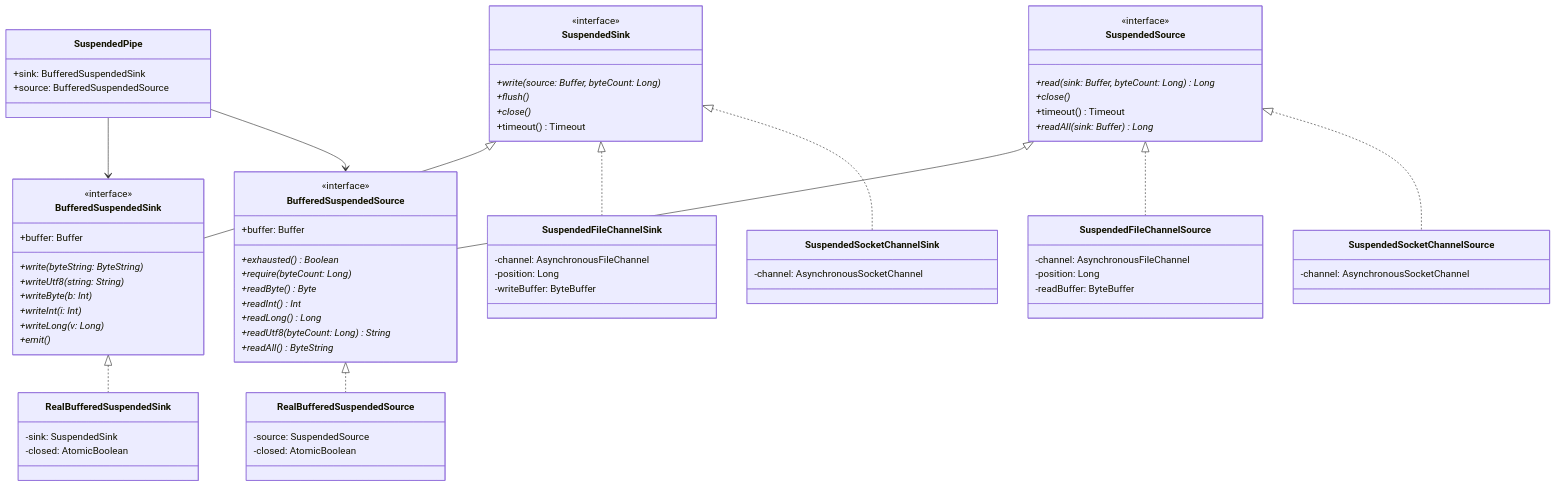
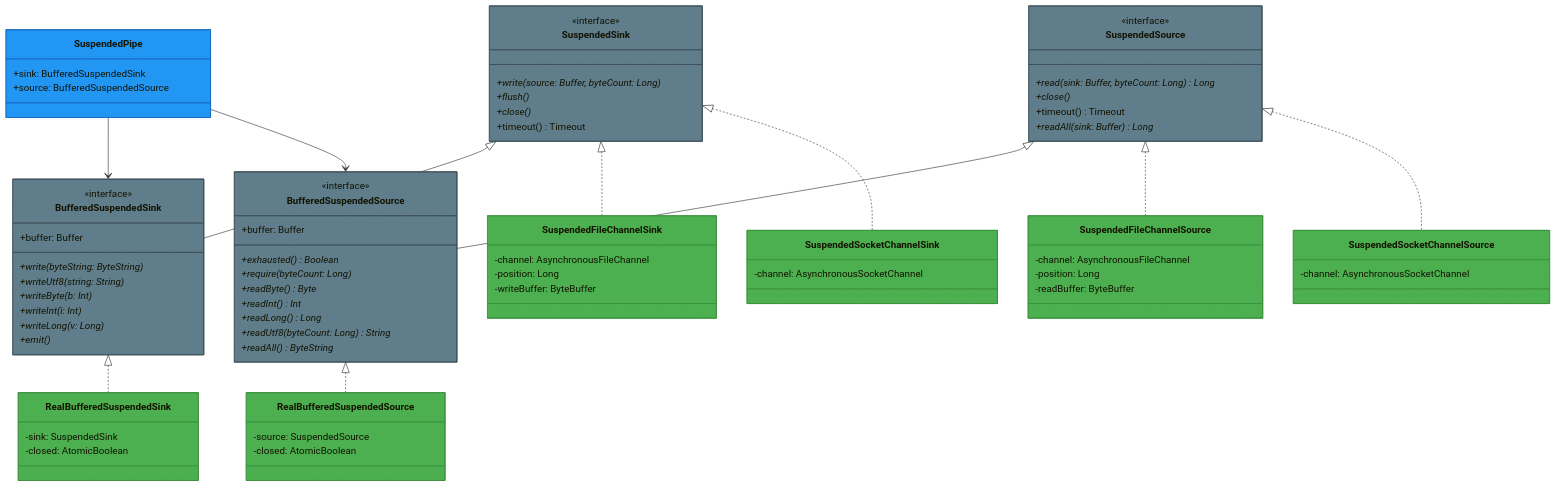
The third of 9 diagrams in io/okio/README.md (bluetape4k/bluetape4k-projects), drawn with Mermaid before and after one commit. The commit also changed other lines of this file and 74 other files, not shown here.

First line of the commit message:
docs: bluetape4k/core/coroutines/logging, io/feign~vertx README 색상 Mermaid UML 추가

````diff
--- a/io/okio/README.md
+++ b/io/okio/README.md
@@ -402,6 +411,6 @@
 ```mermaid
 classDiagram
-    class SuspendedSink {
+    class SuspendedSink:::ioStyle {
         <<interface>>
         +write(source: Buffer, byteCount: Long)*
         +flush()*
@@ -409,7 +418,7 @@
         +timeout() Timeout
     }
 
-    class SuspendedSource {
+    class SuspendedSource:::ioStyle {
         <<interface>>
         +read(sink: Buffer, byteCount: Long)* Long
         +close()*
@@ -417,7 +426,7 @@
         +readAll(sink: Buffer)* Long
     }
 
-    class BufferedSuspendedSink {
+    class BufferedSuspendedSink:::ioStyle {
         <<interface>>
         +buffer: Buffer
         +write(byteString: ByteString)*
@@ -428,7 +437,7 @@
         +emit()*
     }
 
-    class BufferedSuspendedSource {
+    class BufferedSuspendedSource:::ioStyle {
         <<interface>>
         +buffer: Buffer
         +exhausted()* Boolean
@@ -440,37 +449,37 @@
         +readAll()* ByteString
     }
 
-    class RealBufferedSuspendedSink {
+    class RealBufferedSuspendedSink:::extensionStyle {
         -sink: SuspendedSink
         -closed: AtomicBoolean
     }
 
-    class RealBufferedSuspendedSource {
+    class RealBufferedSuspendedSource:::extensionStyle {
         -source: SuspendedSource
         -closed: AtomicBoolean
     }
 
-    class SuspendedFileChannelSink {
+    class SuspendedFileChannelSink:::extensionStyle {
         -channel: AsynchronousFileChannel
         -position: Long
         -writeBuffer: ByteBuffer
     }
 
-    class SuspendedFileChannelSource {
+    class SuspendedFileChannelSource:::extensionStyle {
         -channel: AsynchronousFileChannel
         -position: Long
         -readBuffer: ByteBuffer
     }
 
-    class SuspendedSocketChannelSink {
+    class SuspendedSocketChannelSink:::extensionStyle {
         -channel: AsynchronousSocketChannel
     }
 
-    class SuspendedSocketChannelSource {
+    class SuspendedSocketChannelSource:::extensionStyle {
         -channel: AsynchronousSocketChannel
     }
 
-    class SuspendedPipe {
+    class SuspendedPipe:::codecStyle {
         +sink: BufferedSuspendedSink
         +source: BufferedSuspendedSource
     }
@@ -488,4 +497,10 @@
 
     SuspendedPipe --> BufferedSuspendedSink
     SuspendedPipe --> BufferedSuspendedSource
+
+    classDef ioStyle fill:#607D8B,stroke:#37474F
+    classDef extensionStyle fill:#4CAF50,stroke:#388E3C
+    classDef codecStyle fill:#2196F3,stroke:#1565C0
+    classDef encryptStyle fill:#F44336,stroke:#B71C1C
+    classDef serializerStyle fill:#FF9800,stroke:#E65100
 ```
````
